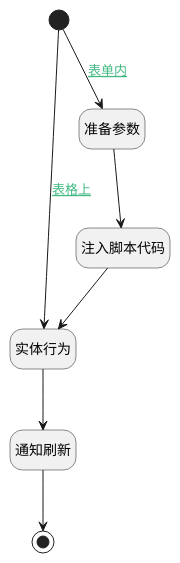
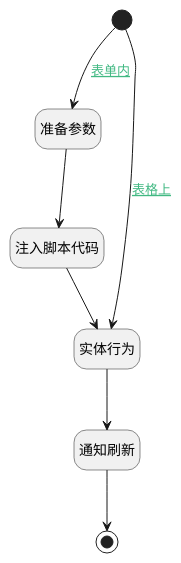
The diagram in doc/docsify/module/TestMgmt/review_content/uilogic/commit_review.md (iBizLab/plm), drawn with PlantUML before and after one commit. The commit also changed other lines of this file and 1276 other files, not shown here.

````diff
--- a/doc/docsify/module/TestMgmt/review_content/uilogic/commit_review.md
+++ b/doc/docsify/module/TestMgmt/review_content/uilogic/commit_review.md
@@ -7,28 +7,28 @@
 ```plantuml
 @startuml
 hide footbox
 <style>
 root {
   HyperlinkColor #42b983
 }
 </style>
 
 hide empty description
 state "开始" as Begin <<start>> [[$./commit_review#begin {开始}]]
+state "准备参数" as PREPAREJSPARAM1  [[$./commit_review#preparejsparam1 {准备参数}]]
 state "注入脚本代码" as RAWJSCODE2  [[$./commit_review#rawjscode2 {注入脚本代码}]]
+state "通知刷新" as RAWJSCODE1  [[$./commit_review#rawjscode1 {通知刷新}]]
 state "实体行为" as DEACTION1  [[$./commit_review#deaction1 {实体行为}]]
 state "结束" as END1 <<end>> [[$./commit_review#end1 {结束}]]
-state "通知刷新" as RAWJSCODE1  [[$./commit_review#rawjscode1 {通知刷新}]]
-state "准备参数" as PREPAREJSPARAM1  [[$./commit_review#preparejsparam1 {准备参数}]]
 
 
 Begin --> PREPAREJSPARAM1 : [[$./commit_review#begin-preparejsparam1{表单内} 表单内]]
 PREPAREJSPARAM1 --> RAWJSCODE2
 RAWJSCODE2 --> DEACTION1
 DEACTION1 --> RAWJSCODE1
 RAWJSCODE1 --> END1
 Begin --> DEACTION1 : [[$./commit_review#begin-deaction1{表格上} 表格上]]
 
 
 @enduml
 ```
````
